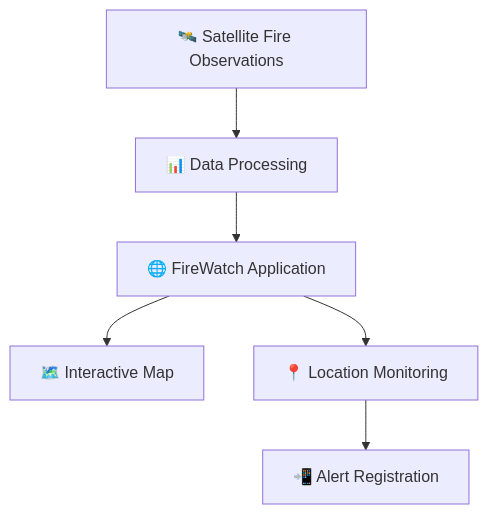
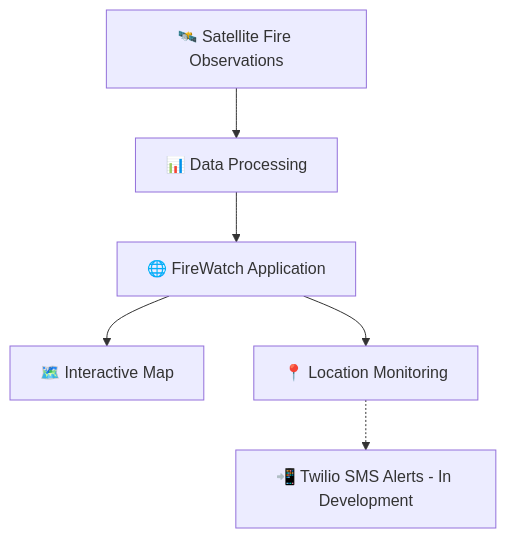
Before and after one commit to MariaIsCoding/firewatch-hackathon: the diagram in README.md, drawn with Mermaid. The commit also changed other lines of this file, not shown here.

````diff
--- a/README.md
+++ b/README.md
@@ -69,15 +69,15 @@
 ```mermaid
 flowchart TD
     A["🛰️ Satellite Fire Observations"]
     B["📊 Data Processing"]
     C["🌐 FireWatch Application"]
     D["🗺️ Interactive Map"]
     E["📍 Location Monitoring"]
-    F["📲 Alert Registration"]
+    F["📲 Twilio SMS Alerts - In Development"]
 
     A --> B
     B --> C
     C --> D
     C --> E
-    E --> F
+    E -.-> F
 ```
````
